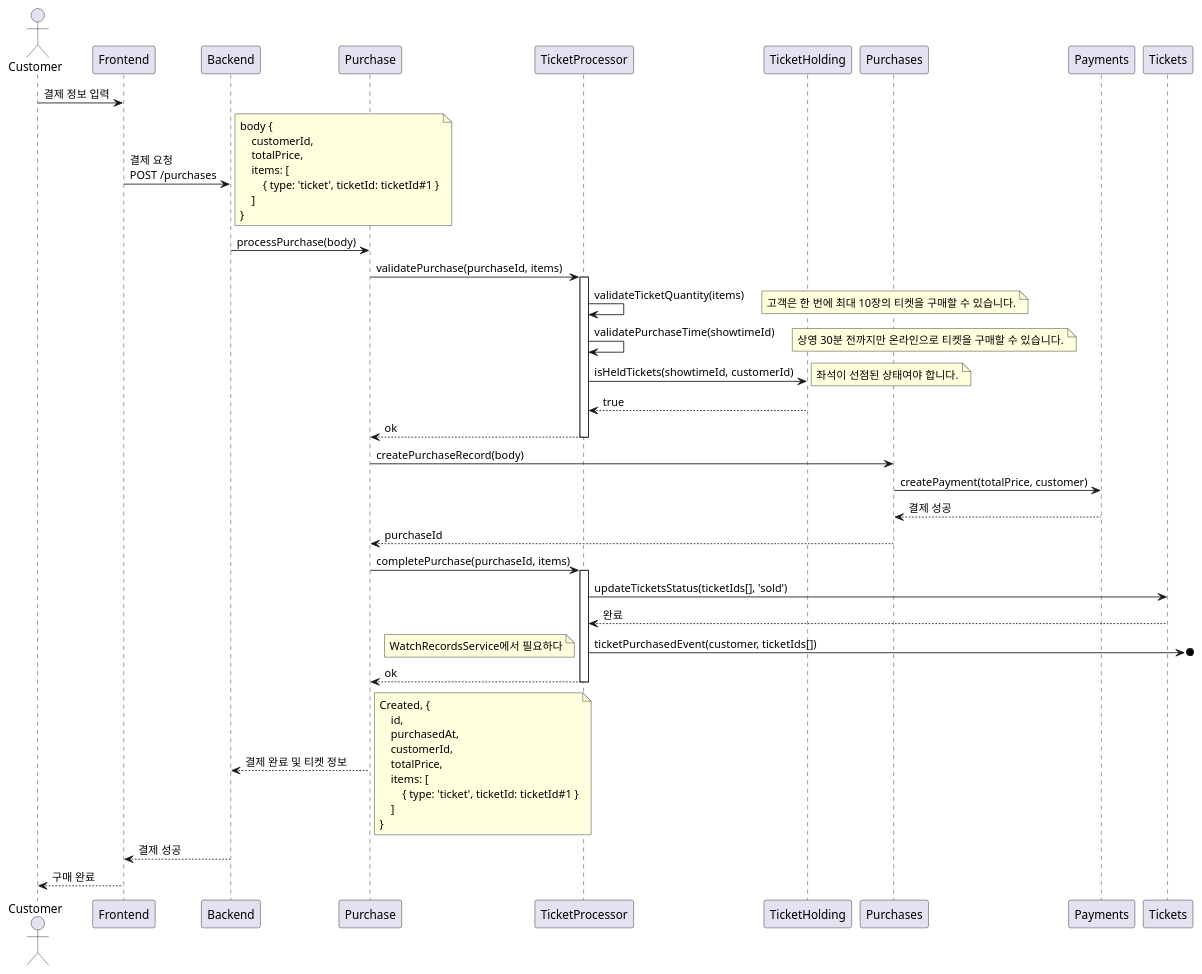
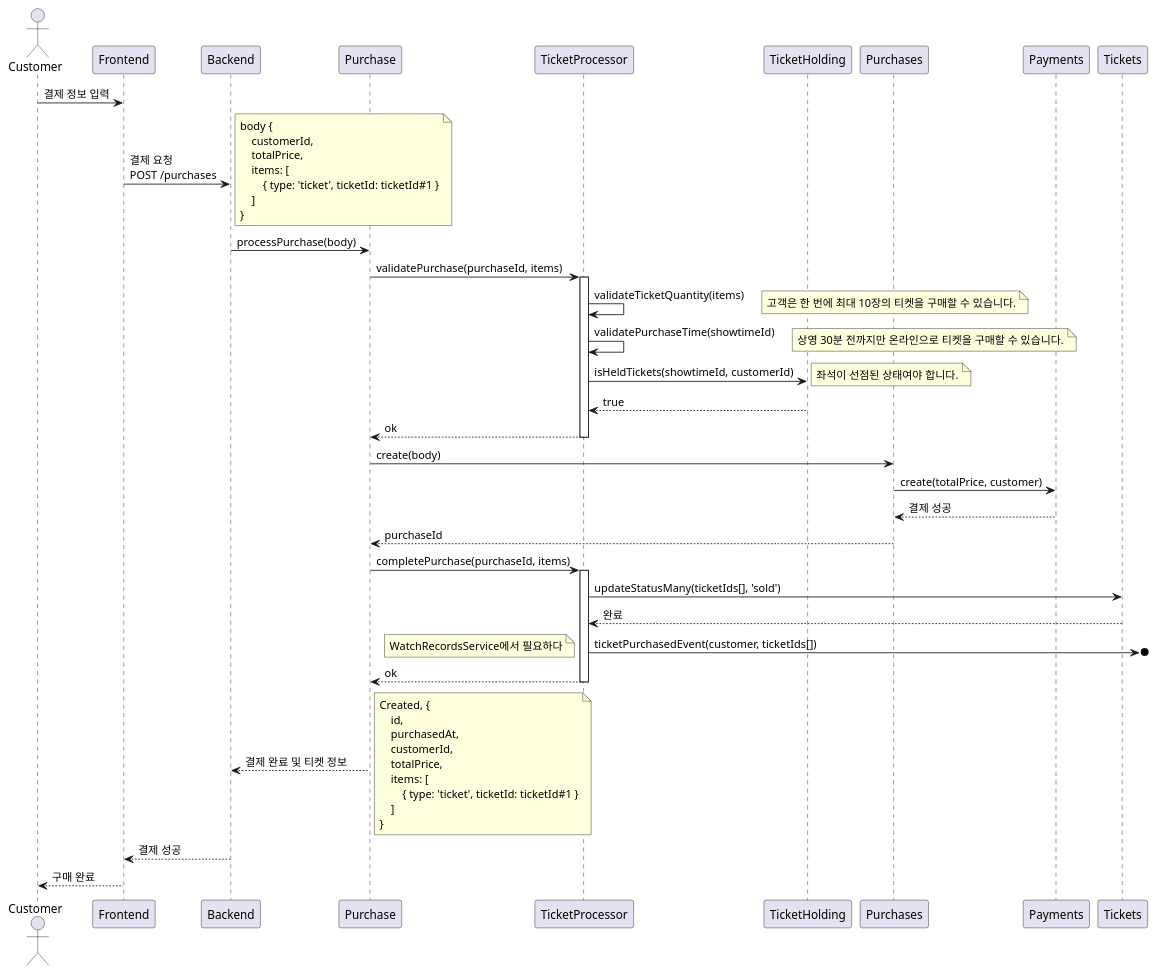
Before and after one commit to mannercode/nest-seed: the fourth of 4 diagrams in docs/en/designs/tickets-purchase.md, drawn with PlantUML. The commit also changed other lines of this file and 67 other files, not shown here.

````diff
--- a/docs/en/designs/tickets-purchase.md
+++ b/docs/en/designs/tickets-purchase.md
@@ -257,58 +257,58 @@
 ```plantuml
 @startuml
 actor Customer
 
 Customer -> Frontend: 결제 정보 입력
     Frontend -> Backend: 결제 요청\nPOST /purchases
     note right
         body {
             customerId,
             totalPrice,
             items: [
                 { type: 'ticket', ticketId: ticketId#1 }
             ]
         }
     end note
         Backend -> Purchase: processPurchase(body)
             Purchase -> TicketProcessor: validatePurchase(purchaseId, items)
             activate TicketProcessor
                 TicketProcessor -> TicketProcessor: validateTicketQuantity(items)
                 note right: 고객은 한 번에 최대 10장의 티켓을 구매할 수 있습니다.
                 TicketProcessor -> TicketProcessor: validatePurchaseTime(showtimeId)
                 note right: 상영 30분 전까지만 온라인으로 티켓을 구매할 수 있습니다.
                 TicketProcessor -> TicketHolding: isHeldTickets(showtimeId, customerId)
                 note right: 좌석이 선점된 상태여야 합니다.
                 TicketProcessor <-- TicketHolding: true
                 return ok
             deactivate TicketProcessor
 
-            Purchase -> Purchases: createPurchaseRecord(body)
-            Purchases -> Payments: createPayment(totalPrice, customer)
+            Purchase -> Purchases: create(body)
+            Purchases -> Payments: create(totalPrice, customer)
             Purchases <-- Payments: 결제 성공
             Purchase <-- Purchases: purchaseId
 
             Purchase -> TicketProcessor: completePurchase(purchaseId, items)
             activate TicketProcessor
-                TicketProcessor -> Tickets: updateTicketsStatus(ticketIds[], 'sold')
+                TicketProcessor -> Tickets: updateStatusMany(ticketIds[], 'sold')
                 TicketProcessor <-- Tickets: 완료
                 TicketProcessor ->o]: ticketPurchasedEvent(customer, ticketIds[])
                 note left: WatchRecordsService에서 필요하다
                 return ok
             deactivate TicketProcessor
 
         Backend <-- Purchase: 결제 완료 및 티켓 정보
         note right
             Created, {
                 id,
                 purchasedAt,
                 customerId,
                 totalPrice,
                 items: [
                     { type: 'ticket', ticketId: ticketId#1 }
                 ]
             }
         end note
     Frontend <-- Backend: 결제 성공
 Customer <-- Frontend: 구매 완료
 @enduml
 ```
````
